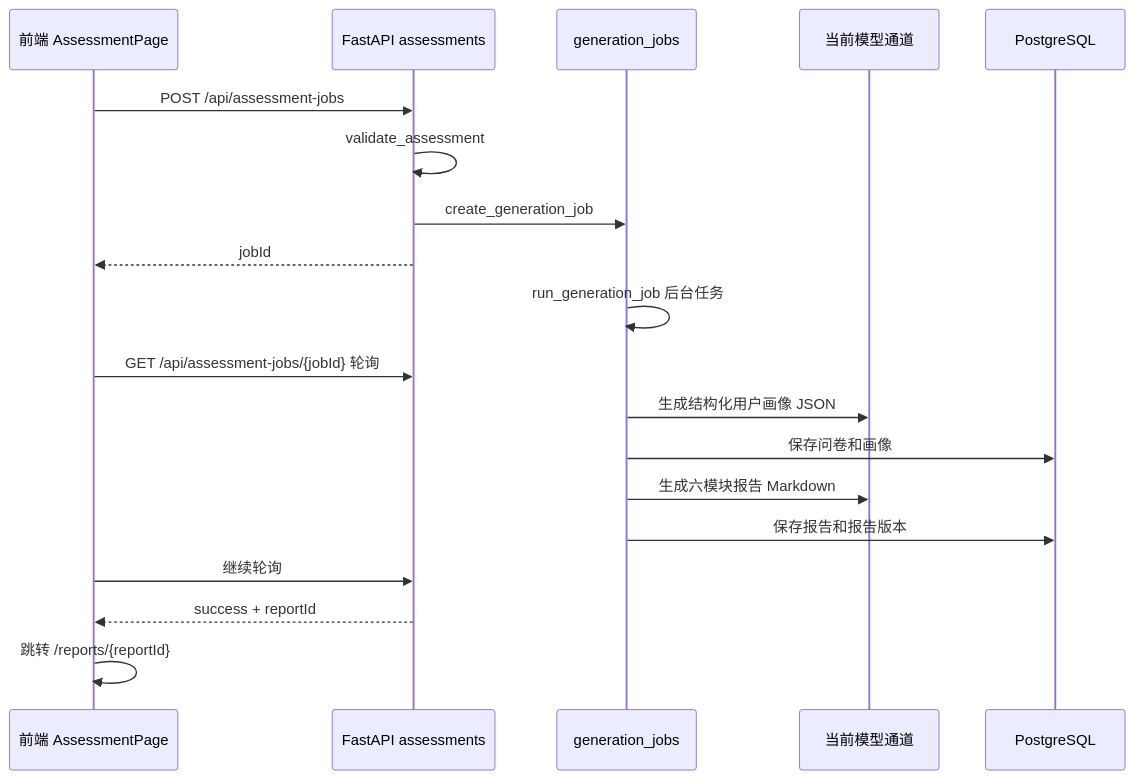
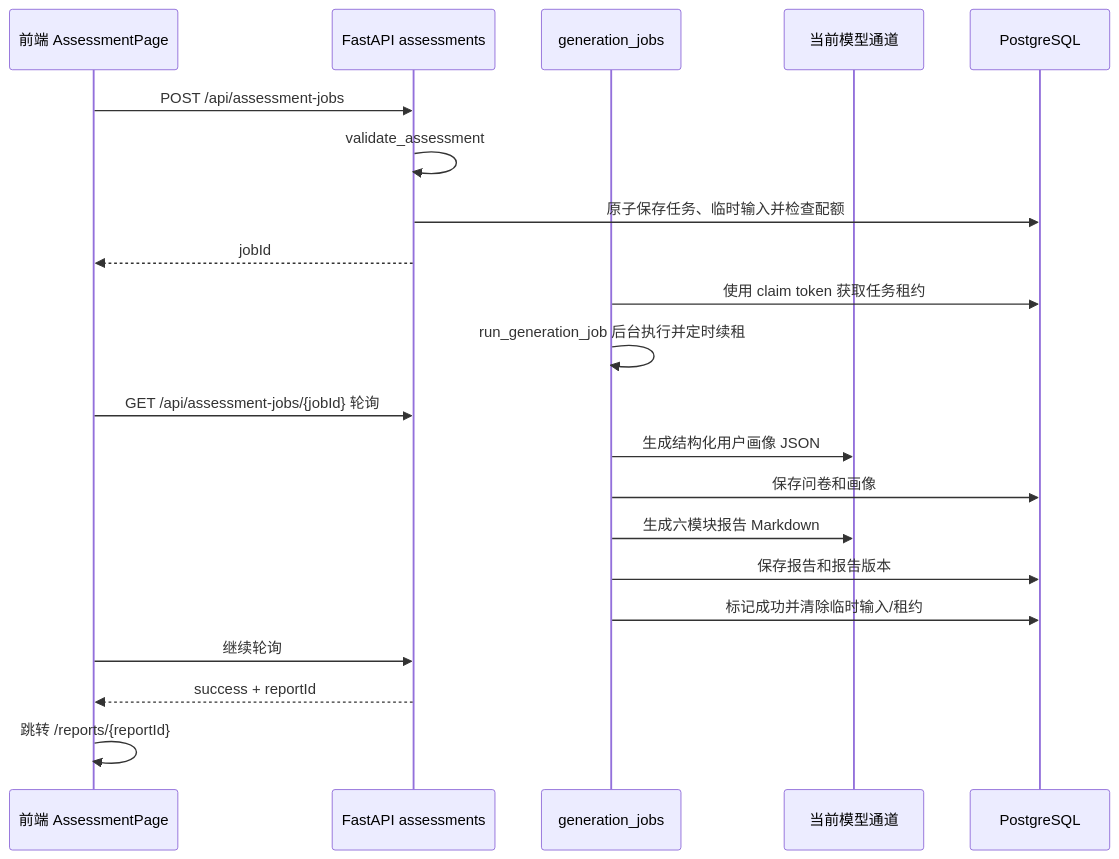
One commit to labixiaoji/SIYUAN-COMPASS changed the second of 3 diagrams in docs/实现文档.md. Above: the diagram before and after it, drawn with Mermaid. The commit also changed other lines of this file and 57 other files, not shown here.

````diff
--- a/docs/实现文档.md
+++ b/docs/实现文档.md
@@ -150,22 +165,24 @@
 ```mermaid
 sequenceDiagram
   participant F as 前端 AssessmentPage
   participant A as FastAPI assessments
   participant J as generation_jobs
   participant L as 当前模型通道
   participant D as PostgreSQL
 
   F->>A: POST /api/assessment-jobs
   A->>A: validate_assessment
-  A->>J: create_generation_job
+  A->>D: 原子保存任务、临时输入并检查配额
   A-->>F: jobId
-  J->>J: run_generation_job 后台任务
+  J->>D: 使用 claim token 获取任务租约
+  J->>J: run_generation_job 后台执行并定时续租
   F->>A: GET /api/assessment-jobs/{jobId} 轮询
   J->>L: 生成结构化用户画像 JSON
   J->>D: 保存问卷和画像
   J->>L: 生成六模块报告 Markdown
   J->>D: 保存报告和报告版本
+  J->>D: 标记成功并清除临时输入/租约
   F->>A: 继续轮询
   A-->>F: success + reportId
   F->>F: 跳转 /reports/{reportId}
 ```
````
